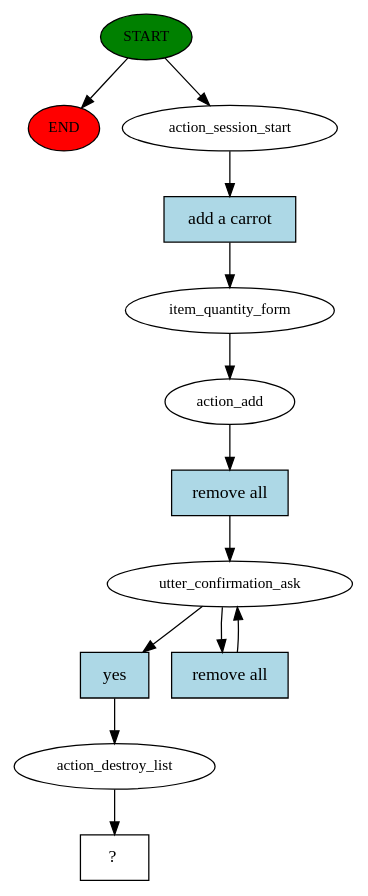
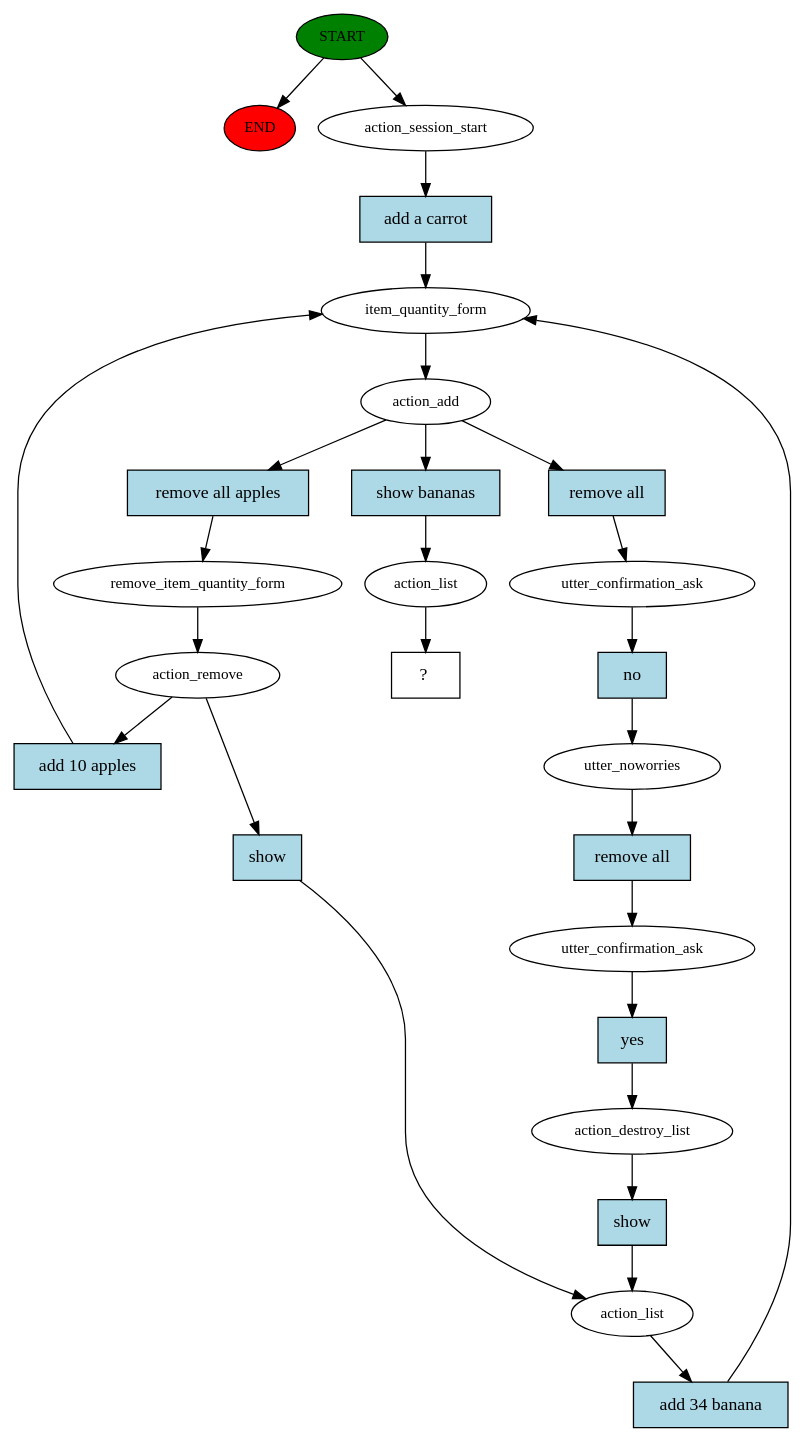
Before and after one commit to wwertyexp/CrMidTerm: the diagram in story_graph.dot, drawn with Graphviz. The commit also changed 6 other files, not shown here.

```diff
--- a/story_graph.dot
+++ b/story_graph.dot
@@ -1,26 +1,54 @@
 digraph  {
 0 [class="start active", fillcolor=green, fontsize=12, label=START, style=filled];
 "-1" [class=end, fillcolor=red, fontsize=12, label=END, style=filled];
 1 [class=active, fontsize=12, label=action_session_start];
 2 [class=active, fontsize=12, label=item_quantity_form];
 3 [class=active, fontsize=12, label=action_add];
 4 [class=active, fontsize=12, label=utter_confirmation_ask];
-6 [class=active, fontsize=12, label=action_destroy_list];
-7 [class="intent dashed active", label="  ?  ", shape=rect];
-8 [class="intent active", fillcolor=lightblue, label="add a carrot", shape=rect, style=filled];
-9 [class="intent active", fillcolor=lightblue, label="remove all", shape=rect, style=filled];
-10 [class="intent active", fillcolor=lightblue, label=yes, shape=rect, style=filled];
-11 [class="intent active", fillcolor=lightblue, label="remove all", shape=rect, style=filled];
+5 [class=active, fontsize=12, label=utter_noworries];
+6 [class=active, fontsize=12, label=utter_confirmation_ask];
+7 [class=active, fontsize=12, label=action_destroy_list];
+8 [class=active, fontsize=12, label=action_list];
+11 [class=active, fontsize=12, label=remove_item_quantity_form];
+12 [class=active, fontsize=12, label=action_remove];
+20 [class=active, fontsize=12, label=action_list];
+21 [class="intent dashed active", label="  ?  ", shape=rect];
+22 [class="intent active", fillcolor=lightblue, label="add a carrot", shape=rect, style=filled];
+23 [class="intent active", fillcolor=lightblue, label="remove all", shape=rect, style=filled];
+24 [class="intent active", fillcolor=lightblue, label="remove all apples", shape=rect, style=filled];
+25 [class="intent active", fillcolor=lightblue, label="show bananas", shape=rect, style=filled];
+26 [class="intent active", fillcolor=lightblue, label=no, shape=rect, style=filled];
+27 [class="intent active", fillcolor=lightblue, label="remove all", shape=rect, style=filled];
+28 [class="intent active", fillcolor=lightblue, label=yes, shape=rect, style=filled];
+29 [class="intent active", fillcolor=lightblue, label=show, shape=rect, style=filled];
+30 [class="intent active", fillcolor=lightblue, label="add 34 banana", shape=rect, style=filled];
+31 [class="intent active", fillcolor=lightblue, label="add 10 apples", shape=rect, style=filled];
+32 [class="intent active", fillcolor=lightblue, label=show, shape=rect, style=filled];
 0 -> "-1"  [class="", key=NONE, label=""];
 0 -> 1  [class=active, key=NONE, label=""];
-1 -> 8  [class=active, key=0];
+1 -> 22  [class=active, key=0];
 2 -> 3  [class=active, key=NONE, label=""];
-3 -> 9  [class=active, key=0];
-4 -> 10  [class=active, key=0];
-4 -> 11  [class=active, key=0];
-6 -> 7  [class=active, key=NONE, label=""];
-8 -> 2  [class=active, key=0];
-9 -> 4  [class=active, key=0];
-10 -> 6  [class=active, key=0];
-11 -> 4  [class=active, key=0];
+3 -> 23  [class=active, key=0];
+3 -> 24  [class=active, key=0];
+3 -> 25  [class=active, key=0];
+4 -> 26  [class=active, key=0];
+5 -> 27  [class=active, key=0];
+6 -> 28  [class=active, key=0];
+7 -> 29  [class=active, key=0];
+8 -> 30  [class=active, key=0];
+11 -> 12  [class=active, key=NONE, label=""];
+12 -> 31  [class=active, key=0];
+12 -> 32  [class=active, key=0];
+20 -> 21  [class=active, key=NONE, label=""];
+22 -> 2  [class=active, key=0];
+23 -> 4  [class=active, key=0];
+24 -> 11  [class=active, key=0];
+25 -> 20  [class=active, key=0];
+26 -> 5  [class=active, key=0];
+27 -> 6  [class=active, key=0];
+28 -> 7  [class=active, key=0];
+29 -> 8  [class=active, key=0];
+30 -> 2  [class=active, key=0];
+31 -> 2  [class=active, key=0];
+32 -> 8  [class=active, key=0];
 }
```
